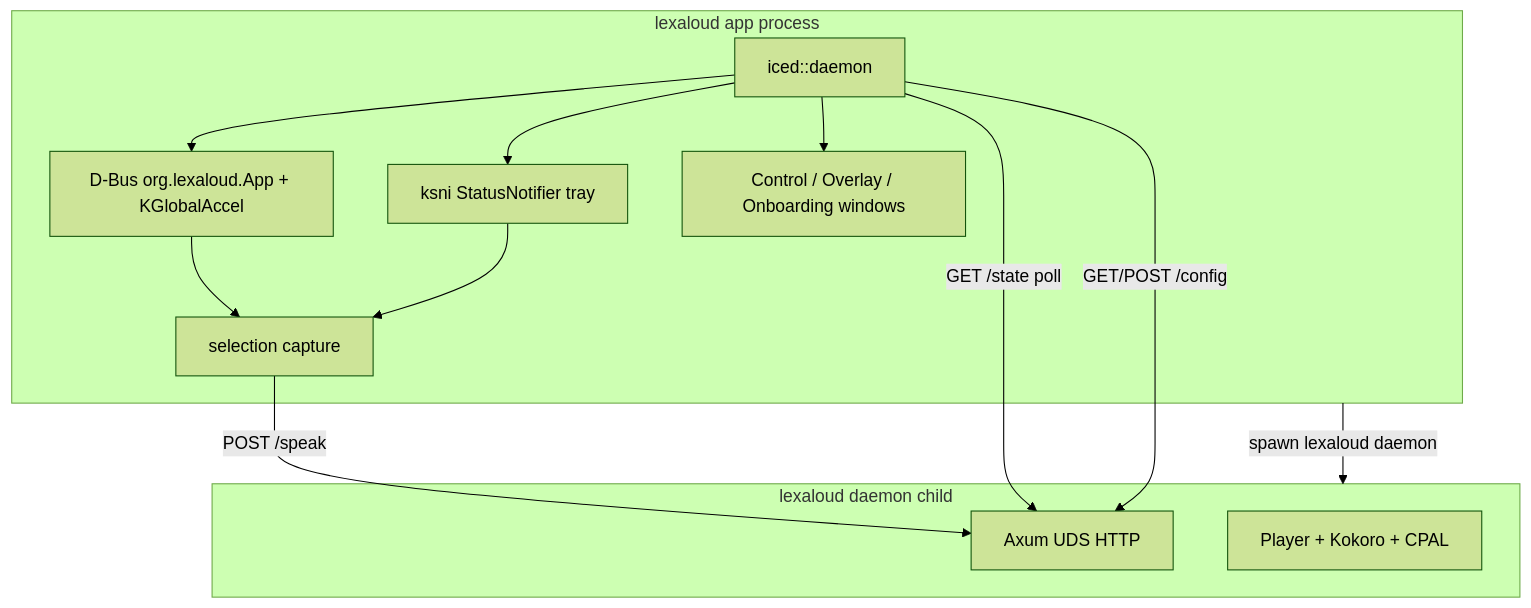
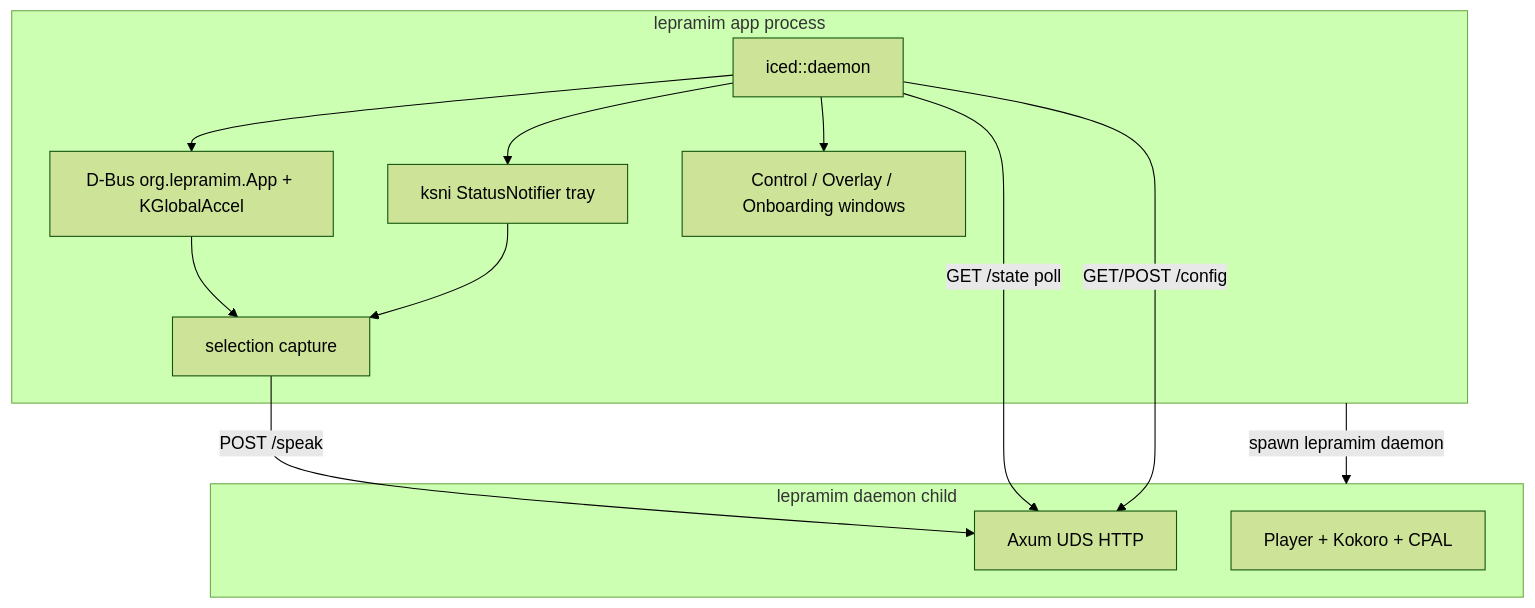
Before and after one commit to jmarceno/lepramim: the diagram in docs/architecture.md, drawn with Mermaid (forest theme). The commit also changed other lines of this file and 67 other files, not shown here.

````diff
--- a/docs/architecture.md
+++ b/docs/architecture.md
@@ -7,25 +7,25 @@
 ```mermaid
 flowchart TD
-    subgraph AppProc["lexaloud app process"]
+    subgraph AppProc["lepramim app process"]
         Iced["iced::daemon"]
         Tray["ksni StatusNotifier tray"]
-        HK["D-Bus org.lexaloud.App + KGlobalAccel"]
+        HK["D-Bus org.lepramim.App + KGlobalAccel"]
         Cap["selection capture"]
         Win["Control / Overlay / Onboarding windows"]
     end
 
-    subgraph DaemonProc["lexaloud daemon child"]
+    subgraph DaemonProc["lepramim daemon child"]
         API["Axum UDS HTTP"]
         Player["Player + Kokoro + CPAL"]
     end
 
     Iced --> Tray
     Iced --> HK
     Iced --> Win
     HK --> Cap
     Tray --> Cap
     Cap -->|"POST /speak"| API
     Iced -->|"GET /state poll"| API
     Iced -->|"GET/POST /config"| API
-    AppProc -->|"spawn lexaloud daemon"| DaemonProc
+    AppProc -->|"spawn lepramim daemon"| DaemonProc
 ```
````
